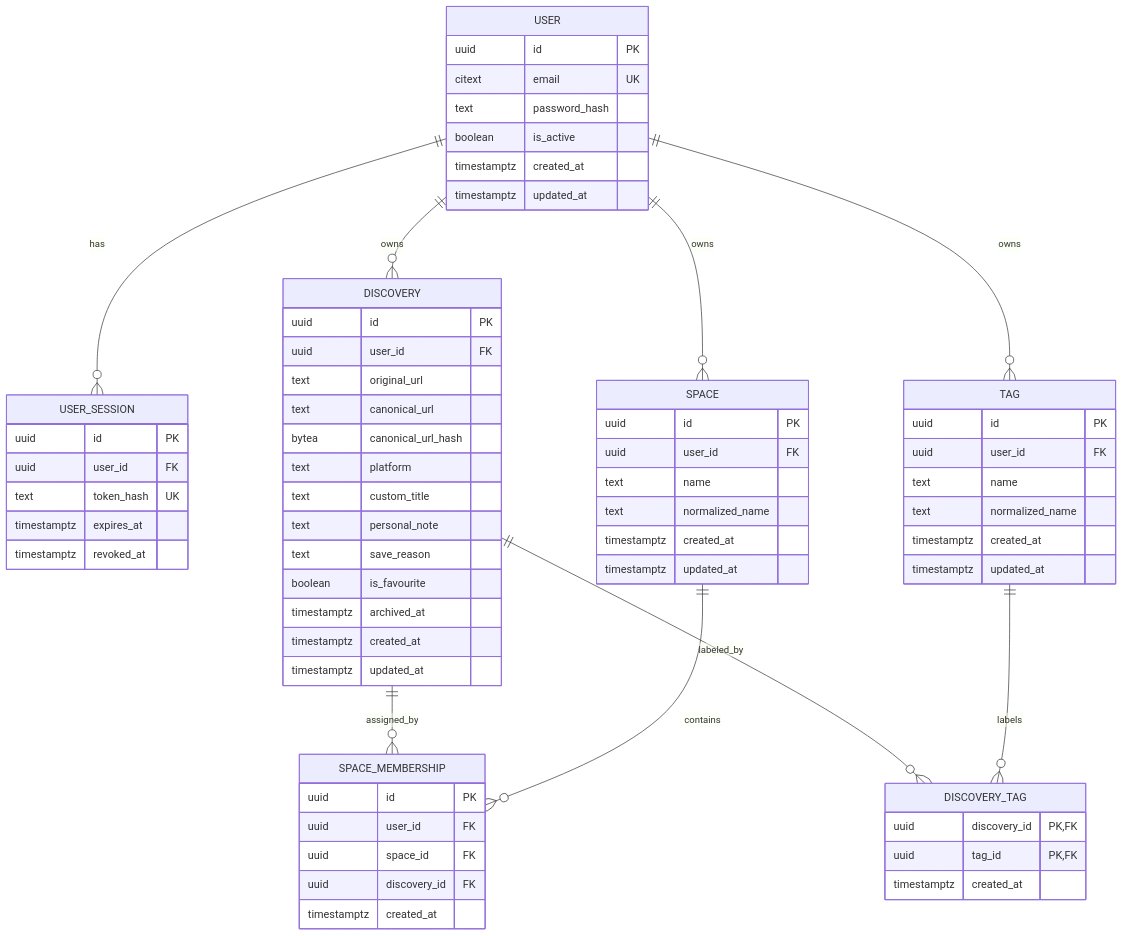
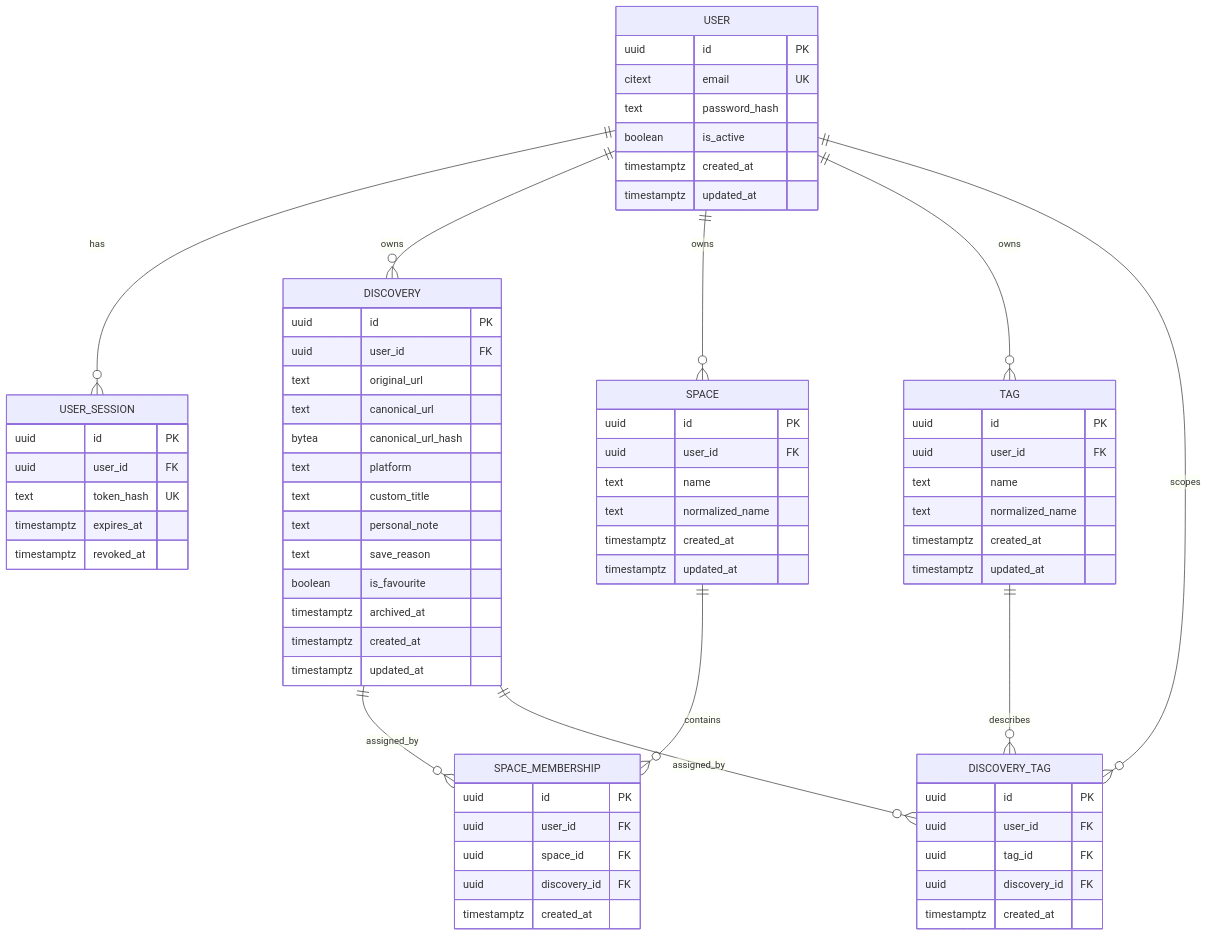
Before and after one commit to KaswanDevkishan/KeptIt: the second of 2 diagrams in docs/entity-relationship.md, drawn with Mermaid. The commit also changed other lines of this file and 8 other files, not shown here.

Commit message:
docs: design Tags architecture

````diff
--- a/docs/entity-relationship.md
+++ b/docs/entity-relationship.md
@@ -172,70 +175,73 @@
 ```mermaid
 erDiagram
     USER ||--o{ USER_SESSION : has
     USER ||--o{ DISCOVERY : owns
     USER ||--o{ SPACE : owns
     USER ||--o{ TAG : owns
+    USER ||--o{ DISCOVERY_TAG : scopes
     DISCOVERY ||--o{ SPACE_MEMBERSHIP : assigned_by
     SPACE ||--o{ SPACE_MEMBERSHIP : contains
-    DISCOVERY ||--o{ DISCOVERY_TAG : labeled_by
-    TAG ||--o{ DISCOVERY_TAG : labels
+    DISCOVERY ||--o{ DISCOVERY_TAG : assigned_by
+    TAG ||--o{ DISCOVERY_TAG : describes
 
     USER {
         uuid id PK
         citext email UK
         text password_hash
         boolean is_active
         timestamptz created_at
         timestamptz updated_at
     }
     USER_SESSION {
         uuid id PK
         uuid user_id FK
         text token_hash UK
         timestamptz expires_at
         timestamptz revoked_at
     }
     DISCOVERY {
         uuid id PK
         uuid user_id FK
         text original_url
         text canonical_url
         bytea canonical_url_hash
         text platform
         text custom_title
         text personal_note
         text save_reason
         boolean is_favourite
         timestamptz archived_at
         timestamptz created_at
         timestamptz updated_at
     }
     SPACE {
         uuid id PK
         uuid user_id FK
         text name
         text normalized_name
         timestamptz created_at
         timestamptz updated_at
     }
     SPACE_MEMBERSHIP {
         uuid id PK
         uuid user_id FK
         uuid space_id FK
         uuid discovery_id FK
         timestamptz created_at
     }
     TAG {
         uuid id PK
         uuid user_id FK
         text name
         text normalized_name
         timestamptz created_at
         timestamptz updated_at
     }
     DISCOVERY_TAG {
-        uuid discovery_id PK, FK
-        uuid tag_id PK, FK
+        uuid id PK
+        uuid user_id FK
+        uuid tag_id FK
+        uuid discovery_id FK
         timestamptz created_at
     }
 ```
````
